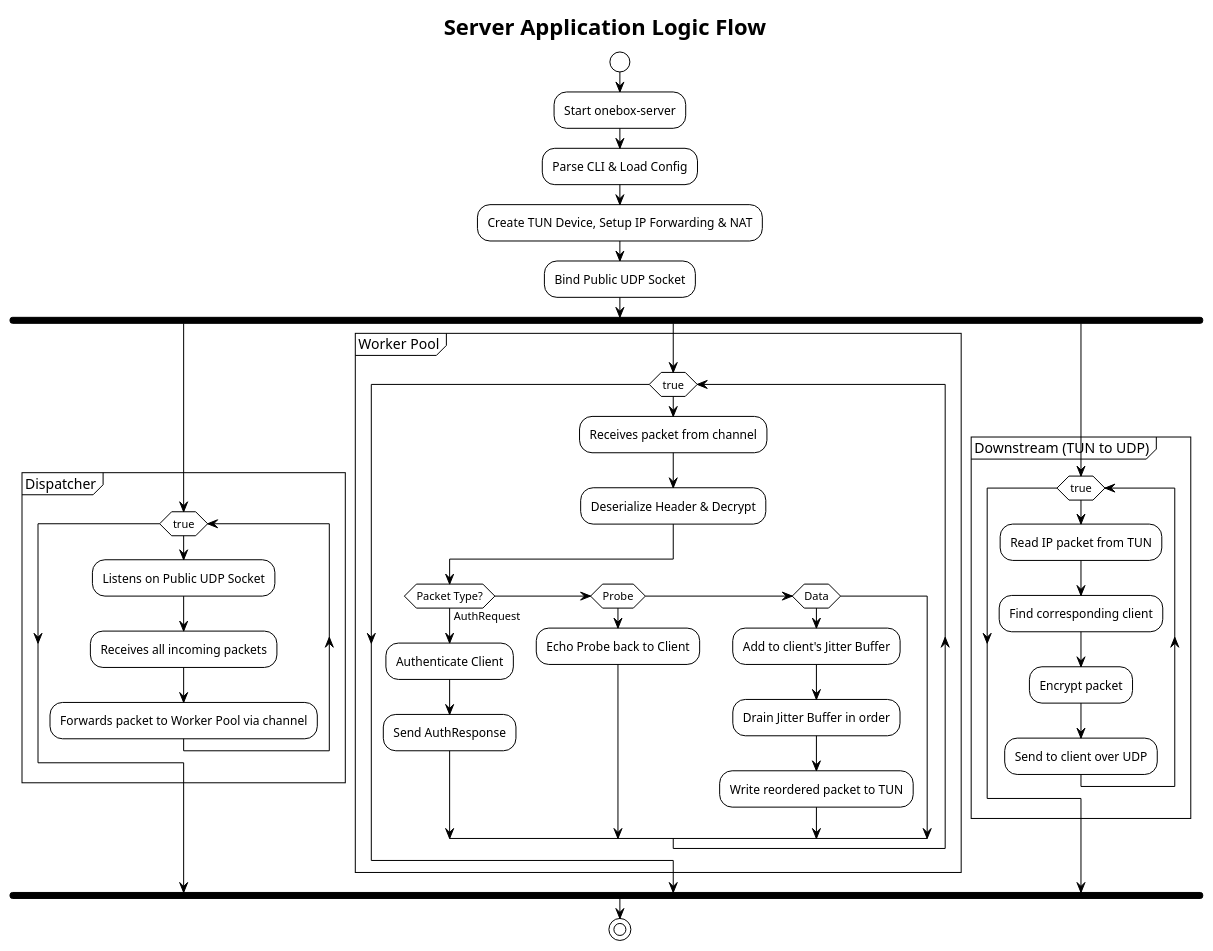
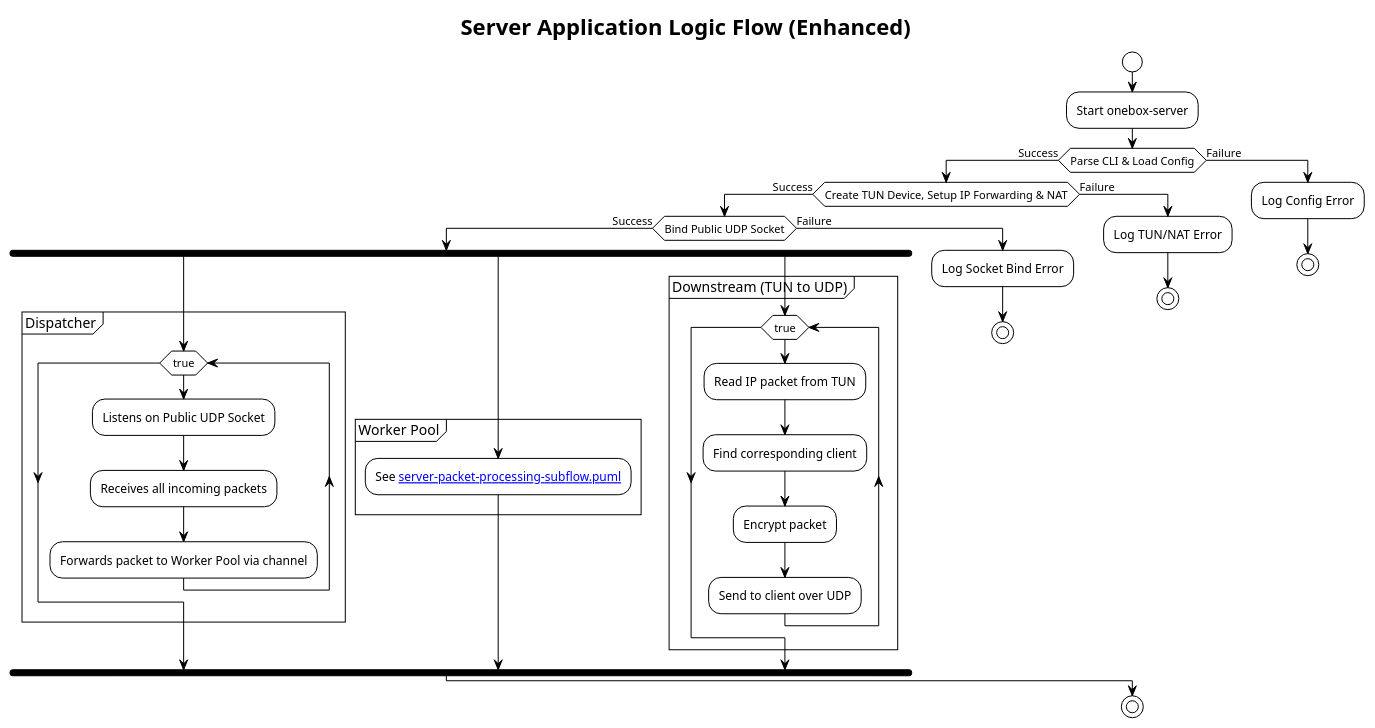
The fourth of 6 diagrams in docs/diagrams/plantuml/README.md (abdshomad/onebox-rs), drawn with PlantUML before and after one commit. The commit also changed other lines of this file and 2 other files, not shown here.

First line of the commit message:
Docs: Enhance PlantUML diagrams with sub-flows

````diff
--- a/docs/diagrams/plantuml/README.md
+++ b/docs/diagrams/plantuml/README.md
@@ -132,52 +147,50 @@
 ```plantuml
 @startuml
 !theme plain
 
-title Server Application Logic Flow
+title Server Application Logic Flow (Enhanced)
 
 start
 :Start onebox-server;
-:Parse CLI & Load Config;
-:Create TUN Device, Setup IP Forwarding & NAT;
-:Bind Public UDP Socket;
-
-fork
-  partition "Dispatcher" {
-    while (true)
-      :Listens on Public UDP Socket;
-      :Receives all incoming packets;
-      :Forwards packet to Worker Pool via channel;
-    endwhile
-  }
-fork again
-  partition "Worker Pool" {
-    while (true)
-      :Receives packet from channel;
-      :Deserialize Header & Decrypt;
-      if (Packet Type?) then (AuthRequest)
-        :Authenticate Client;
-        :Send AuthResponse;
-      elseif (Probe)
-        :Echo Probe back to Client;
-      elseif (Data)
-        :Add to client's Jitter Buffer;
-        :Drain Jitter Buffer in order;
-        :Write reordered packet to TUN;
-      endif
-    endwhile
-  }
-fork again
-  partition "Downstream (TUN to UDP)" {
-    while (true)
-      :Read IP packet from TUN;
-      :Find corresponding client;
-      :Encrypt packet;
-      :Send to client over UDP;
-    endwhile
-  }
-end fork
+if (Parse CLI & Load Config) then (Success)
+  if (Create TUN Device, Setup IP Forwarding & NAT) then (Success)
+    if (Bind Public UDP Socket) then (Success)
+      fork
+        partition "Dispatcher" {
+          while (true)
+            :Listens on Public UDP Socket;
+            :Receives all incoming packets;
+            :Forwards packet to Worker Pool via channel;
+          endwhile
+        }
+      fork again
+        partition "Worker Pool" {
+          :See [[server-packet-processing-subflow.puml]];
+        }
+      fork again
+        partition "Downstream (TUN to UDP)" {
+          while (true)
+            :Read IP packet from TUN;
+            :Find corresponding client;
+            :Encrypt packet;
+            :Send to client over UDP;
+          endwhile
+        }
+      end fork
+    else (Failure)
+      :Log Socket Bind Error;
+      stop
+    endif
+  else (Failure)
+    :Log TUN/NAT Error;
+    stop
+  endif
+else (Failure)
+  :Log Config Error;
+  stop
+endif
 
 stop
 
 @enduml
 ```
````
